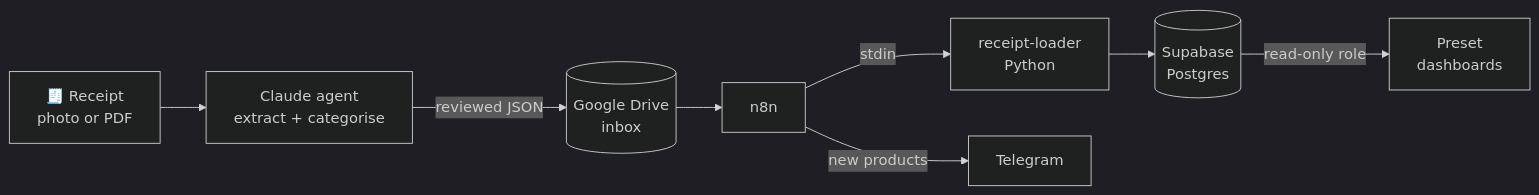
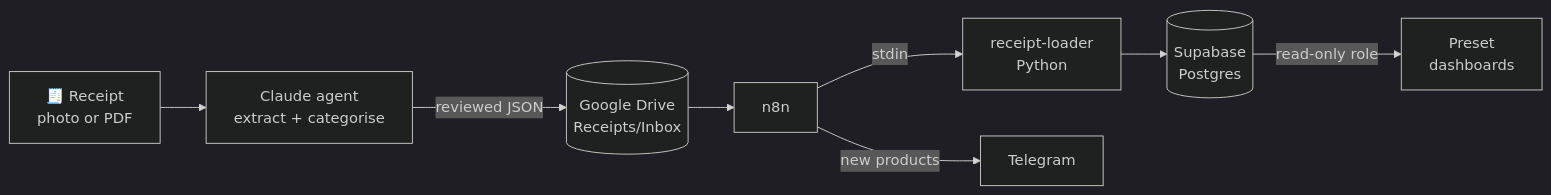
Before and after one commit to rffffy/grocery-tracker: the first of 2 diagrams in README.md, drawn with Mermaid (dark theme). The commit also changed other lines of this file and 5 other files, not shown here.

````diff
--- a/README.md
+++ b/README.md
@@ -20,10 +20,10 @@
 ```mermaid
 flowchart LR
     A[🧾 Receipt<br/>photo or PDF] --> B[Claude agent<br/>extract + categorise]
-    B -->|reviewed JSON| C[(Google Drive<br/>inbox)]
+    B -->|reviewed JSON| C[(Google Drive<br/>Receipts/Inbox)]
     C --> D[n8n]
     D -->|stdin| E[receipt-loader<br/>Python]
     E --> F[(Supabase<br/>Postgres)]
     D -->|new products| G[Telegram]
     F -->|read-only role| H[Preset<br/>dashboards]
 ```
````
